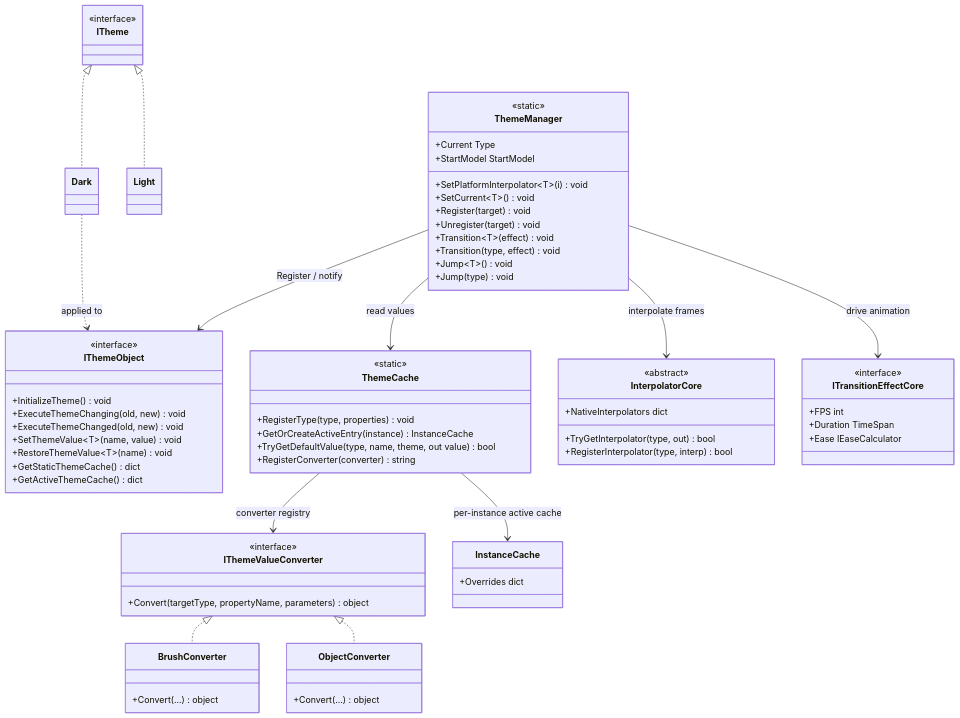
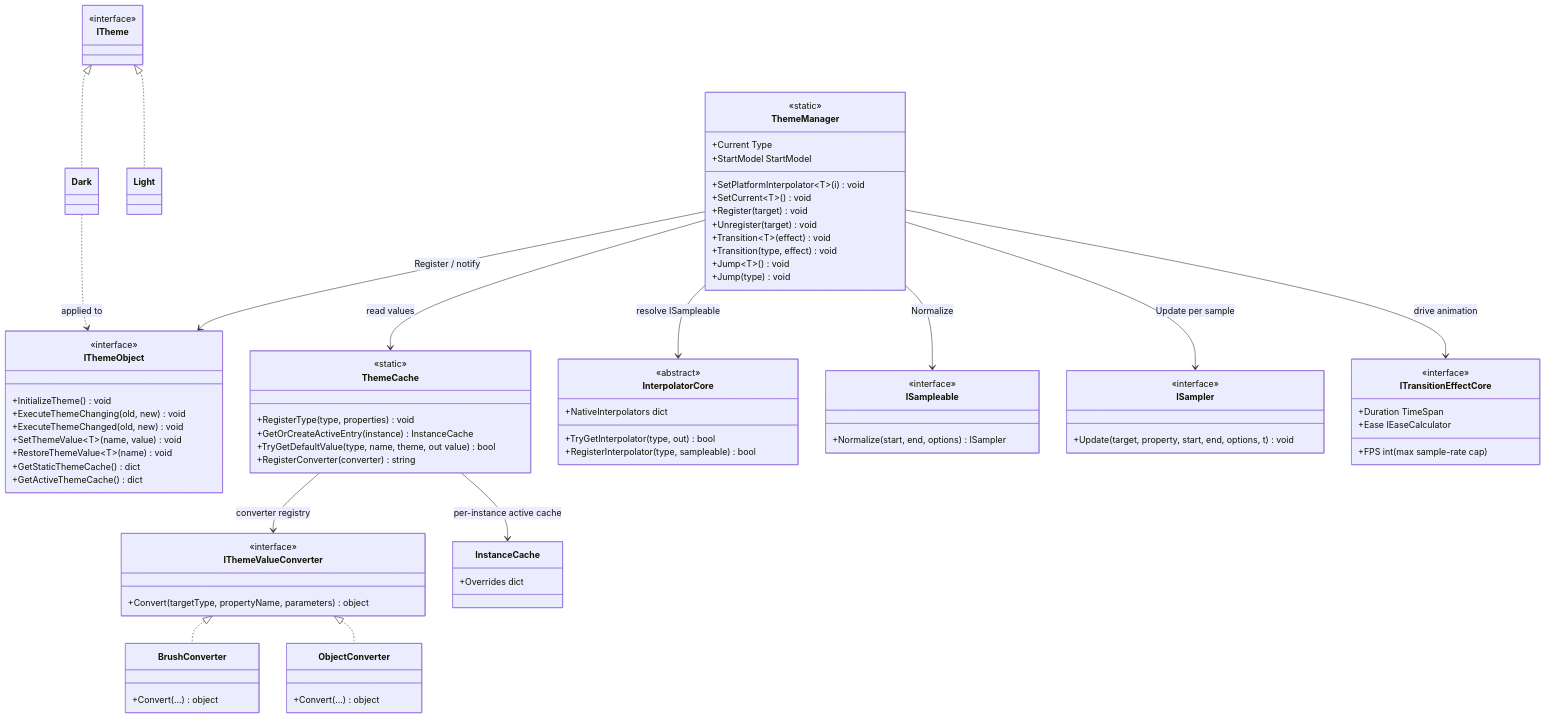
One commit to Axvser/VeloxDev.Docs changed the diagram in src/CloudGlyph/Assets/Docs/content/en/3_SE_Analysis/02_design-patterns/04_dynamic-theme/index.md. Above: the diagram before and after it, drawn with Mermaid. The commit also changed other lines of this file and 41 other files, not shown here.

First line of the commit message:
docs(transition): update for stateless sampler semantics (ISampler/ISampleable, SamplerSet)

```diff
--- a/src/CloudGlyph/Assets/Docs/content/en/3_SE_Analysis/02_design-patterns/04_dynamic-theme/index.md
+++ b/src/CloudGlyph/Assets/Docs/content/en/3_SE_Analysis/02_design-patterns/04_dynamic-theme/index.md
@@ -60,11 +60,19 @@
         <<abstract>>
         +NativeInterpolators dict
         +TryGetInterpolator(type, out) bool
-        +RegisterInterpolator(type, interp) bool
+        +RegisterInterpolator(type, sampleable) bool
+    }
+    class ISampleable {
+        <<interface>>
+        +Normalize(start, end, options) ISampler
+    }
+    class ISampler {
+        <<interface>>
+        +Update(target, property, start, end, options, t) void
     }
     class ITransitionEffectCore {
         <<interface>>
-        +FPS int
+        +FPS int (max sample-rate cap)
         +Duration TimeSpan
         +Ease IEaseCalculator
     }
@@ -73,7 +81,9 @@
     ITheme <|.. Light
     ThemeManager --> IThemeObject : Register / notify
     ThemeManager --> ThemeCache : read values
-    ThemeManager --> InterpolatorCore : interpolate frames
+    ThemeManager --> InterpolatorCore : resolve ISampleable
+    ThemeManager --> ISampleable : Normalize
+    ThemeManager --> ISampler : Update per sample
     ThemeManager --> ITransitionEffectCore : drive animation
     IThemeValueConverter <|.. BrushConverter
     IThemeValueConverter <|.. ObjectConverter
```
